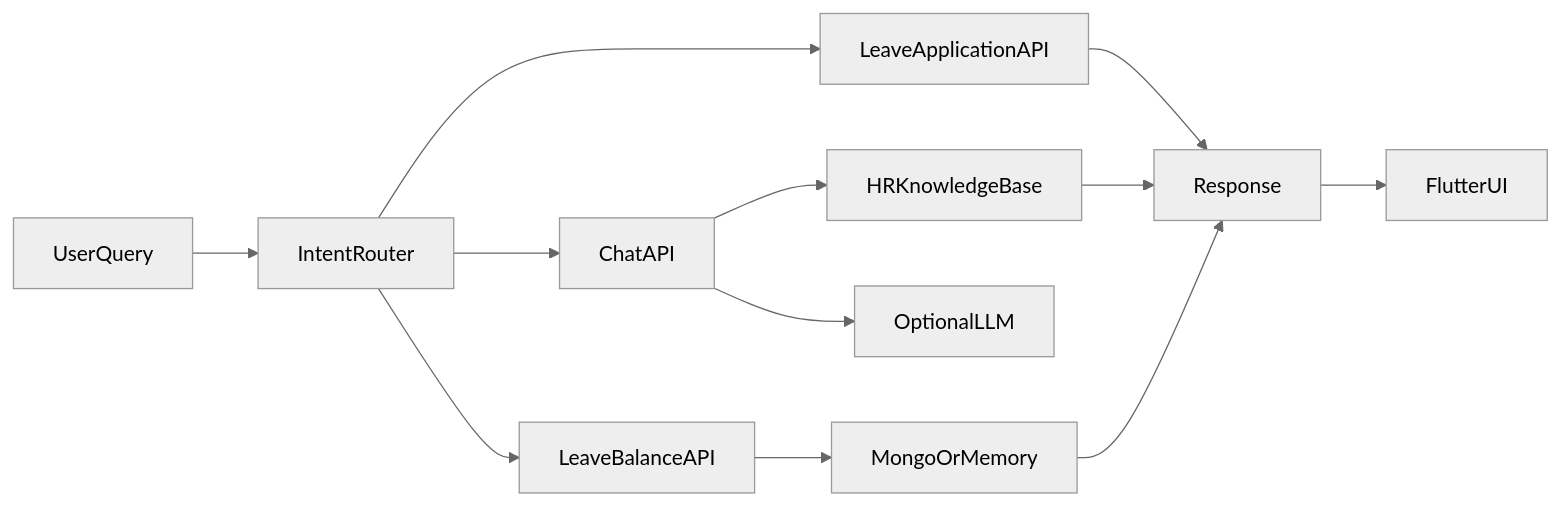
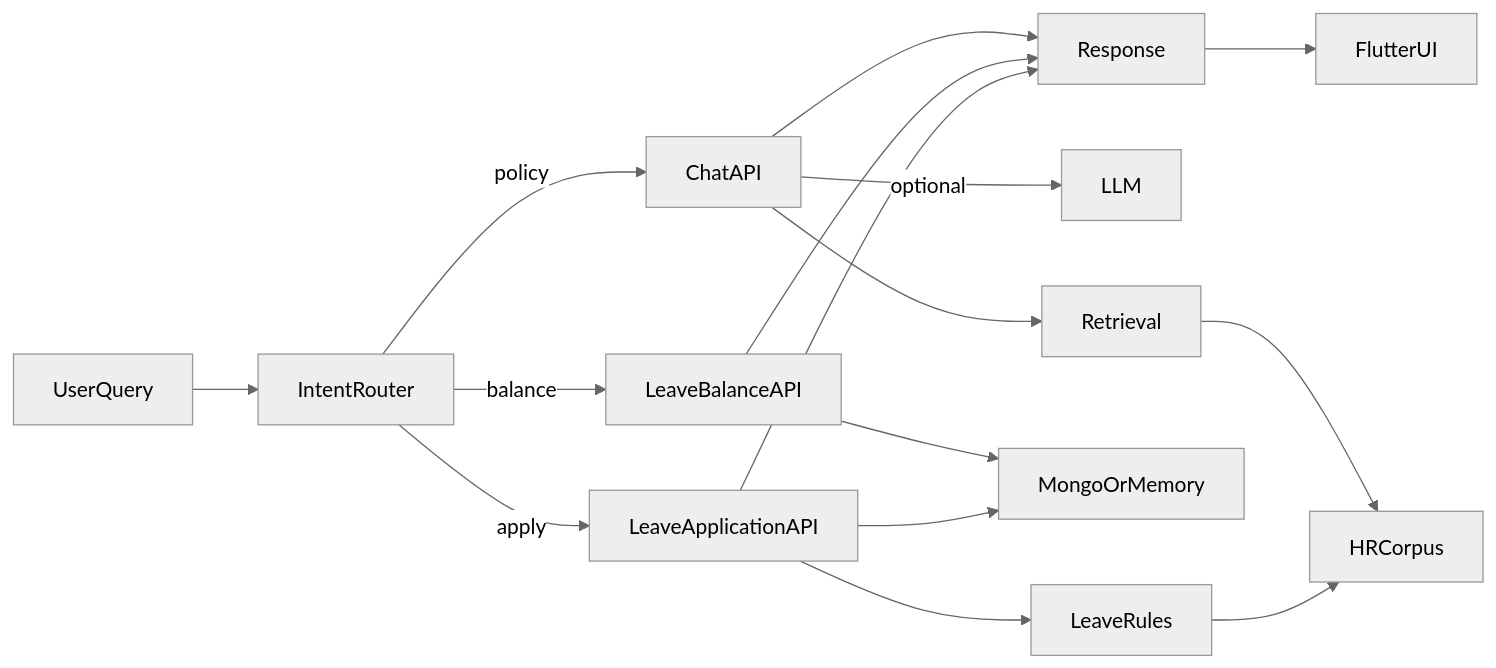
One commit to Adityansh-Chand/ADAAS changed the diagram in README.md. Above: the diagram before and after it, drawn with Mermaid (neutral theme). The commit also changed other lines of this file and 52 other files, not shown here.

````diff
--- a/README.md
+++ b/README.md
@@ -9,14 +69,18 @@
 ```mermaid
 flowchart LR
   UserQuery --> IntentRouter
-  IntentRouter --> LeaveBalanceAPI
-  IntentRouter --> LeaveApplicationAPI
-  IntentRouter --> ChatAPI
-  ChatAPI --> HRKnowledgeBase
-  ChatAPI --> OptionalLLM
+  IntentRouter -->|balance| LeaveBalanceAPI
+  IntentRouter -->|apply| LeaveApplicationAPI
+  IntentRouter -->|policy| ChatAPI
+  ChatAPI --> Retrieval
+  Retrieval --> HRCorpus
+  ChatAPI -->|optional| LLM
+  LeaveApplicationAPI --> LeaveRules
+  LeaveRules --> HRCorpus
   LeaveBalanceAPI --> MongoOrMemory
+  LeaveApplicationAPI --> MongoOrMemory
+  Response --> FlutterUI
+  ChatAPI --> Response
+  LeaveBalanceAPI --> Response
   LeaveApplicationAPI --> Response
-  HRKnowledgeBase --> Response
-  MongoOrMemory --> Response
-  Response --> FlutterUI
 ```
````
